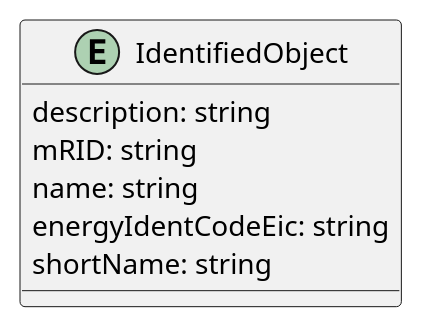
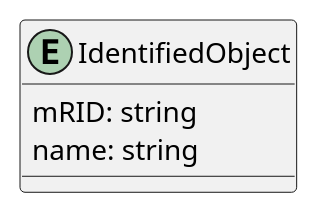
Before and after one commit to HenriKCorrea/agentwin-knowledge-graph: the diagram in diagrams/energy-grid/energy-grid-common.puml, drawn with PlantUML. The commit also changed 1 other file, not shown here.

Commit message:
fix: comment out descriptions and attributes in energy grid diagrams for clarity

```diff
--- a/diagrams/energy-grid/energy-grid-common.puml
+++ b/diagrams/energy-grid/energy-grid-common.puml
@@ -1,12 +1,12 @@
 @startuml Energy Grid Common
 
 ' This is a root class to provide common identification for all classes needing identification and naming attributes.
 entity IdentifiedObject {
-    description: string /' The description is a free human readable text describing or naming the object. It may be non unique and may not correlate to a naming hierarchy. '/
+    ' description: string /' The description is a free human readable text describing or naming the object. It may be non unique and may not correlate to a naming hierarchy. '/
     mRID: string /' Master resource identifier issued by a model authority. The mRID is unique within an exchange context. Global uniqueness is easily achieved by using a UUID, as specified in RFC 4122, for the mRID. The use of UUID is strongly recommended. For CIMXML data files in RDF syntax conforming to IEC 61970-552, the mRID is mapped to rdf:ID or rdf:about attributes that identify CIM object elements. '/
     name: string /' The name is any free human readable and possibly non unique text naming the object. '/
-    energyIdentCodeEic: string /' The attribute is used for an exchange of the EIC code (Energy identification Code). The length of the string is 16 characters as defined by the EIC code. For details on EIC scheme please refer to ENTSO-E web site. '/
-    shortName: string /' The attribute is used for an exchange of a human readable short name with length of the string 12 characters maximum. '/
+    ' energyIdentCodeEic: string /' The attribute is used for an exchange of the EIC code (Energy identification Code). The length of the string is 16 characters as defined by the EIC code. For details on EIC scheme please refer to ENTSO-E web site. '/
+    ' shortName: string /' The attribute is used for an exchange of a human readable short name with length of the string 12 characters maximum. '/
 }
 
 @enduml
```
